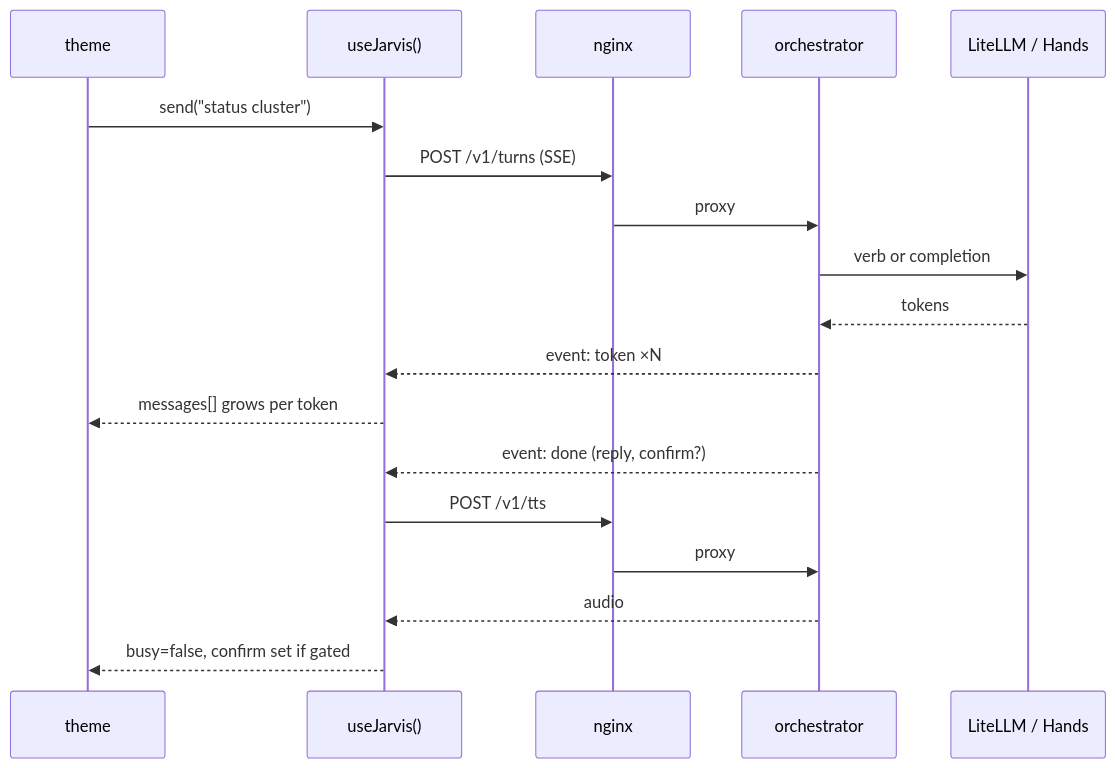
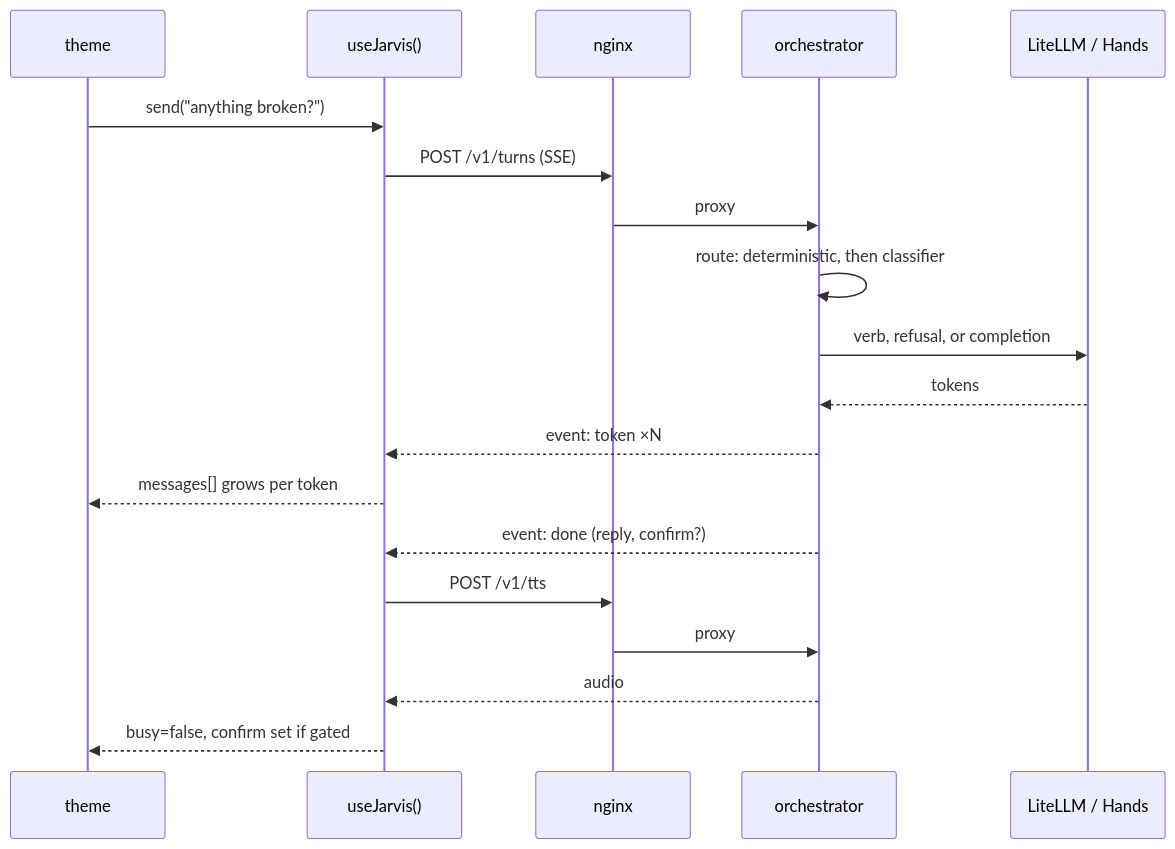
One commit to gordoncooper/jarvis-app changed the fifth of 5 diagrams in docs/ARCHITECTURE.md. Above: the diagram before and after it, drawn with Mermaid. The commit also changed other lines of this file and 3 other files, not shown here.

````diff
--- a/docs/ARCHITECTURE.md
+++ b/docs/ARCHITECTURE.md
@@ -108,21 +187,22 @@
 ```mermaid
 sequenceDiagram
   participant T as theme
   participant H as useJarvis()
   participant N as nginx
   participant O as orchestrator
   participant L as LiteLLM / Hands
 
-  T->>H: send("status cluster")
+  T->>H: send("anything broken?")
   H->>N: POST /v1/turns (SSE)
   N->>O: proxy
-  O->>L: verb or completion
+  O->>O: route: deterministic, then classifier
+  O->>L: verb, refusal, or completion
   L-->>O: tokens
   O-->>H: event: token ×N
   H-->>T: messages[] grows per token
   O-->>H: event: done (reply, confirm?)
   H->>N: POST /v1/tts
   N->>O: proxy
   O-->>H: audio
   H-->>T: busy=false, confirm set if gated
 ```
````
